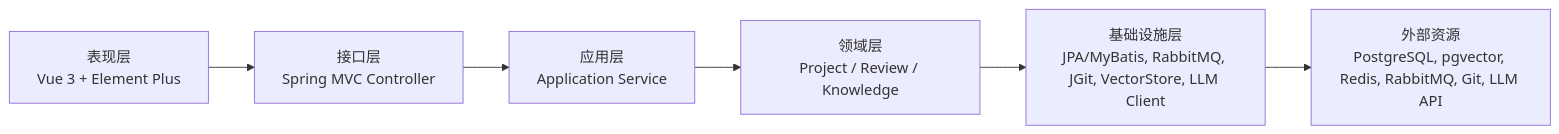
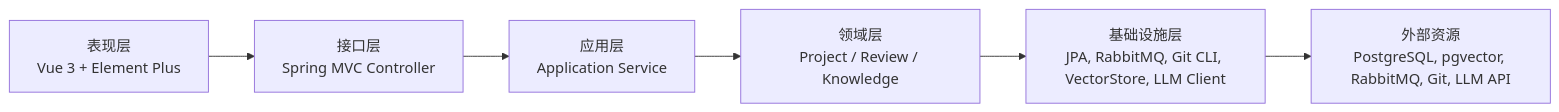
The second of 5 diagrams in docs/01_系统架构设计说明书.md (LinYsssss/ForgePilot), drawn with Mermaid before and after one commit. The commit also changed other lines of this file and 54 other files, not shown here.

````diff
--- a/docs/01_系统架构设计说明书.md
+++ b/docs/01_系统架构设计说明书.md
@@ -93,8 +94,8 @@
 ```mermaid
 flowchart LR
     A["表现层<br/>Vue 3 + Element Plus"] --> B["接口层<br/>Spring MVC Controller"]
     B --> C["应用层<br/>Application Service"]
     C --> D["领域层<br/>Project / Review / Knowledge"]
-    D --> E["基础设施层<br/>JPA/MyBatis, RabbitMQ, JGit, VectorStore, LLM Client"]
-    E --> F["外部资源<br/>PostgreSQL, pgvector, Redis, RabbitMQ, Git, LLM API"]
+    D --> E["基础设施层<br/>JPA, RabbitMQ, Git CLI, VectorStore, LLM Client"]
+    E --> F["外部资源<br/>PostgreSQL, pgvector, RabbitMQ, Git, LLM API"]
 ```
````
